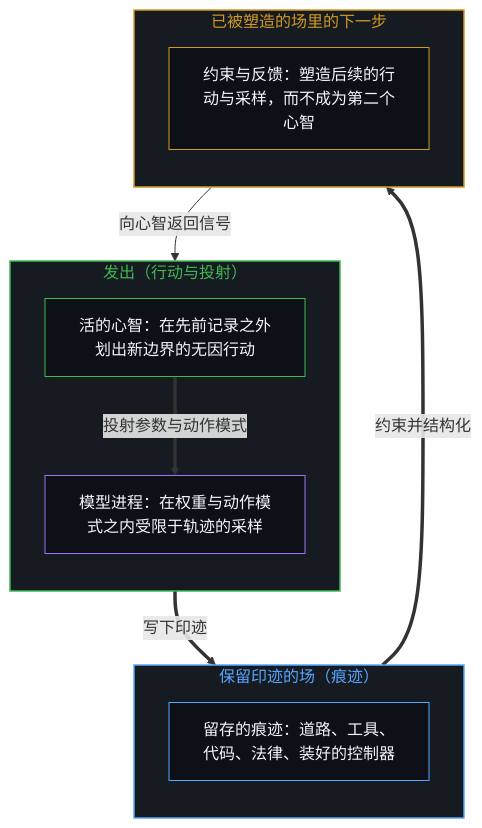
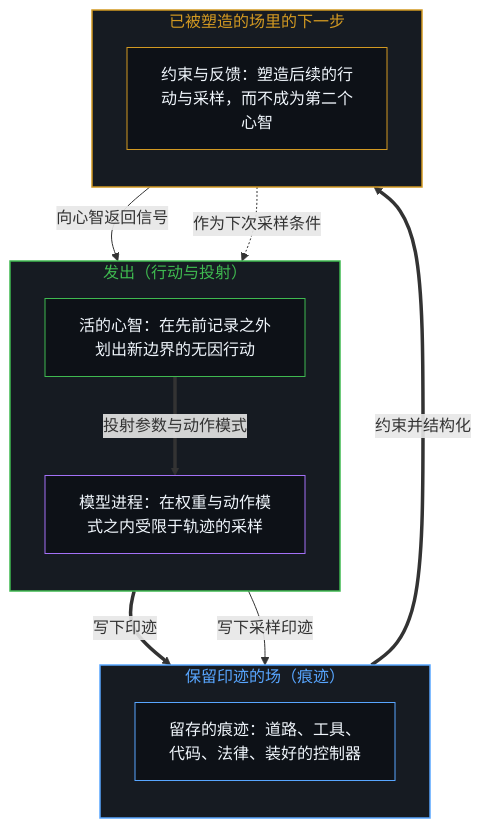
Before and after one commit to powerpig99/not-a-toe: the first of 2 diagrams in content/posts/the-mark-and-the-act.md, drawn with Mermaid. The commit also changed other lines of this file and 2 other files, not shown here.

````diff
--- a/content/posts/the-mark-and-the-act.md
+++ b/content/posts/the-mark-and-the-act.md
@@ -45,27 +45,29 @@
 ```mermaid
 flowchart TD
     subgraph S_Emit["发出（行动与投射）"]
         direction TB
         E_Mind["活的心智：在先前记录之外划出新边界的无因行动"]
         E_Model["模型进程：在权重与动作模式之内受限于轨迹的采样"]
         E_Mind ==>|"投射参数与动作模式"| E_Model
     end
     subgraph S_Field["保留印迹的场（痕迹）"]
         direction TB
         F1["留存的痕迹：道路、工具、代码、法律、装好的控制器"]
     end
     subgraph S_Next["已被塑造的场里的下一步"]
         direction TB
         N1["约束与反馈：塑造后续的行动与采样，而不成为第二个心智"]
     end
-    E_Model ==>|"写下印迹"| F1
+    E_Mind ==>|"写下印迹"| F1
+    E_Model -->|"写下采样印迹"| F1
     F1 ==>|"约束并结构化"| N1
     N1 -->|"向心智返回信号"| E_Mind
+    N1 -.->|"作为下次采样条件"| E_Model
     style S_Emit fill:#161b22,stroke:#3fb950,stroke-width:1.5px,color:#3fb950
     style S_Field fill:#161b22,stroke:#58a6ff,stroke-width:1.5px,color:#58a6ff
     style S_Next fill:#161b22,stroke:#d29922,stroke-width:1.5px,color:#d29922
     style E_Mind fill:#0d1117,stroke:#3fb950,stroke-width:1px,color:#f0f6fc
     style E_Model fill:#0d1117,stroke:#a371f7,stroke-width:1px,color:#f0f6fc
     style F1 fill:#0d1117,stroke:#58a6ff,stroke-width:1px,color:#f0f6fc
     style N1 fill:#0d1117,stroke:#d29922,stroke-width:1px,color:#f0f6fc
 ```
````
